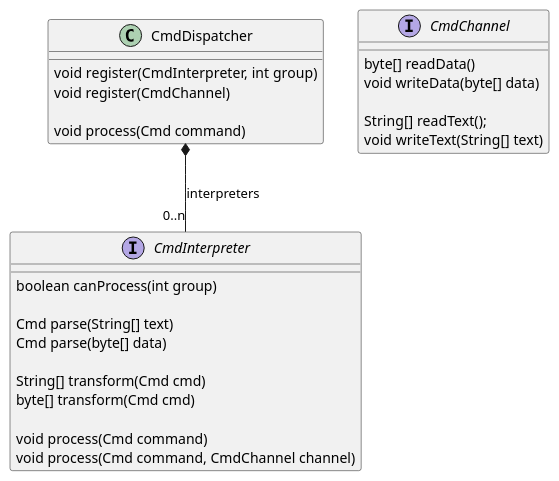
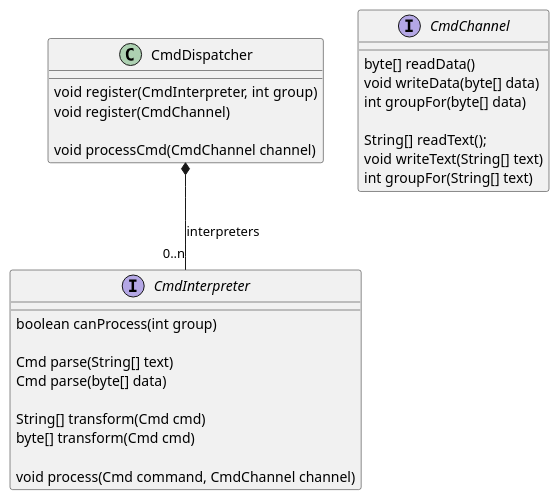
One commit to tangly-team/tangly-os changed the second of 2 diagrams in src/site/website/content/blog/2023/blog-2023-12-03.adoc. Above: the diagram before and after it, drawn with PlantUML. The commit also changed other lines of this file and 16 other files, not shown here.

```diff
--- a/src/site/website/content/blog/2023/blog-2023-12-03.adoc
+++ b/src/site/website/content/blog/2023/blog-2023-12-03.adoc
@@ -147,32 +147,33 @@
 [plantuml,target=command-interpreter,format=svg,role="text-center"]
 ----
 interface CmdInterpreter  {
     boolean canProcess(int group)
 
     Cmd parse(String[] text)
     Cmd parse(byte[] data)
 
     String[] transform(Cmd cmd)
     byte[] transform(Cmd cmd)
 
-    void process(Cmd command)
     void process(Cmd command, CmdChannel channel)
 }
 
 class CmdDispatcher {
     void register(CmdInterpreter, int group)
     void register(CmdChannel)
 
-    void process(Cmd command)
+    void processCmd(CmdChannel channel)
 }
 
 CmdDispatcher *-- "0..n" CmdInterpreter : interpreters
 
 interface CmdChannel {
     byte[] readData()
     void writeData(byte[] data)
+   int groupFor(byte[] data)
 
     String[] readText();
     void writeText(String[] text)
+    int groupFor(String[] text)
 }
 ----
```
